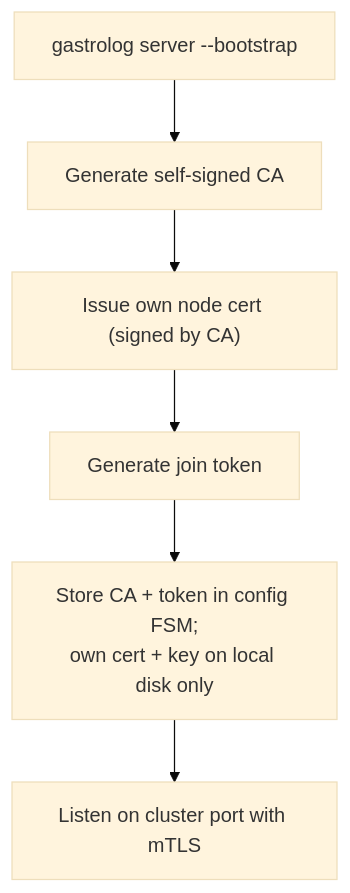
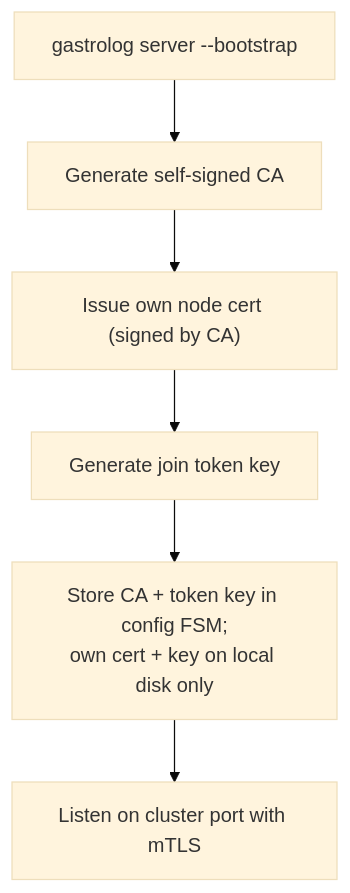
The second of 5 diagrams in docs/cluster_enrollment.md (kluzzebass/gastrolog), drawn with Mermaid (base theme) before and after one commit. The commit also changed other lines of this file, not shown here.

First line of the commit message:
docs: describe the multiraft transport and minted join tokens in cluster_enrollment.md

````diff
--- a/docs/cluster_enrollment.md
+++ b/docs/cluster_enrollment.md
@@ -50,8 +54,8 @@
 ```mermaid
 flowchart TD
     Start["gastrolog server --bootstrap"] --> GenCA["Generate self-signed CA"]
     GenCA --> GenCert["Issue own node cert (signed by CA)"]
-    GenCert --> GenToken["Generate join token"]
-    GenToken --> Store["Store CA + token in config FSM;<br>own cert + key on local disk only"]
+    GenCert --> GenToken["Generate join token key"]
+    GenToken --> Store["Store CA + token key in config FSM;<br>own cert + key on local disk only"]
     Store --> Listen["Listen on cluster port with mTLS"]
 ```
````
